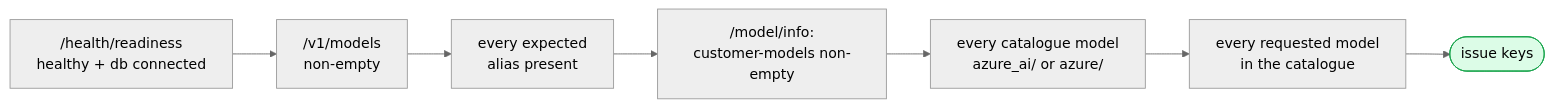
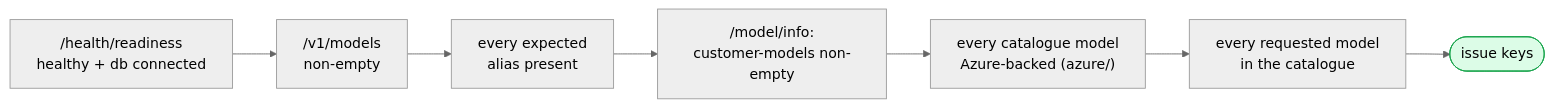
One commit to mahipalparegi/LiteLLMProxy changed the eighth of 12 diagrams in README.md. Above: the diagram before and after it, drawn with Mermaid (neutral theme). The commit also changed other lines of this file and 14 other files, not shown here.

````diff
--- a/README.md
+++ b/README.md
@@ -625,10 +624,10 @@
 ```mermaid
 flowchart LR
     A["/health/readiness<br/>healthy + db connected"] --> B["/v1/models<br/>non-empty"]
     B --> C["every expected<br/>alias present"]
     C --> D["/model/info:<br/>customer-models non-empty"]
-    D --> E["every catalogue model<br/>azure_ai/ or azure/"]
+    D --> E["every catalogue model<br/>Azure-backed (azure/)"]
     E --> G["every requested model<br/>in the catalogue"]
     G --> F(["issue keys"])
     style F fill:#dcfce7,stroke:#16a34a
 ```
````
